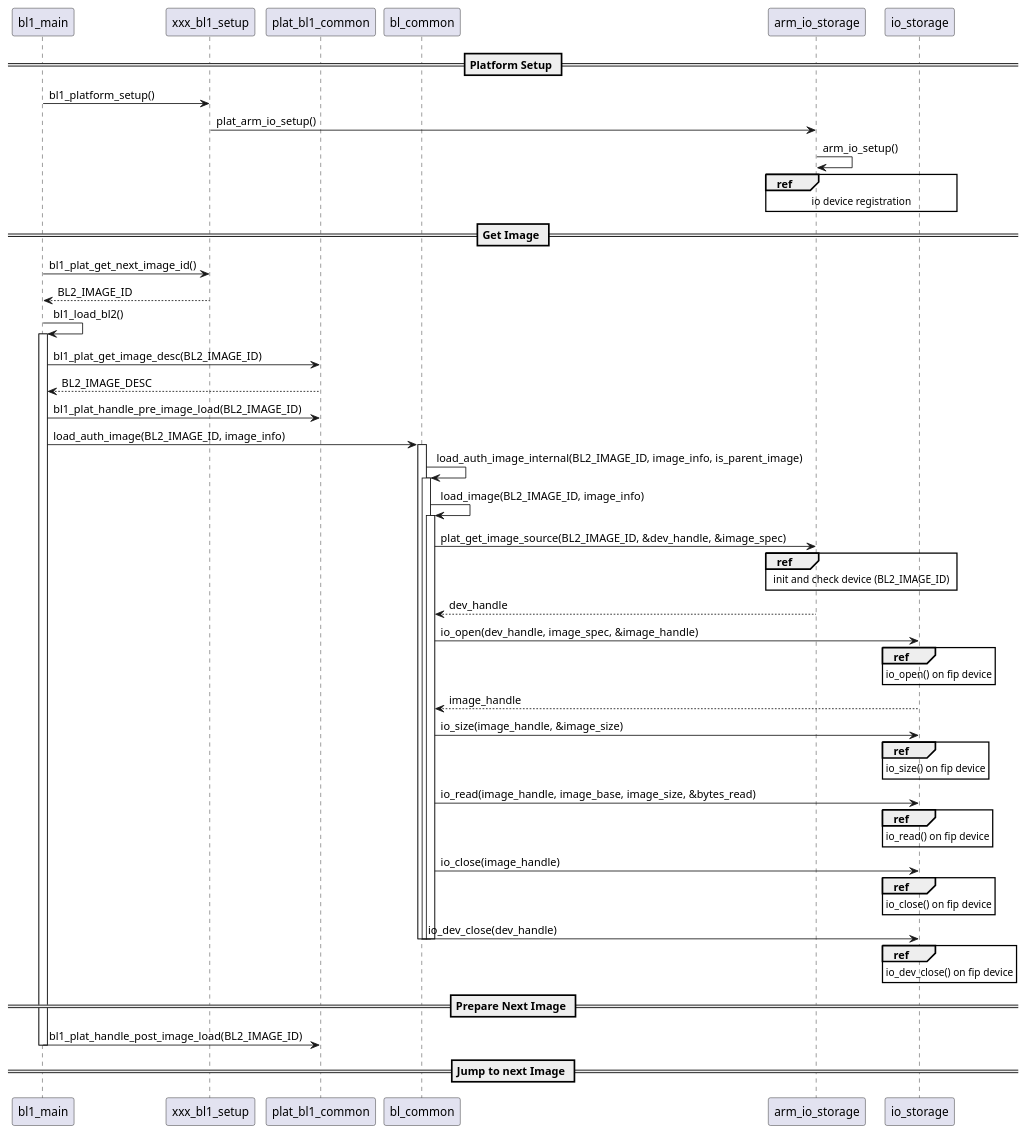
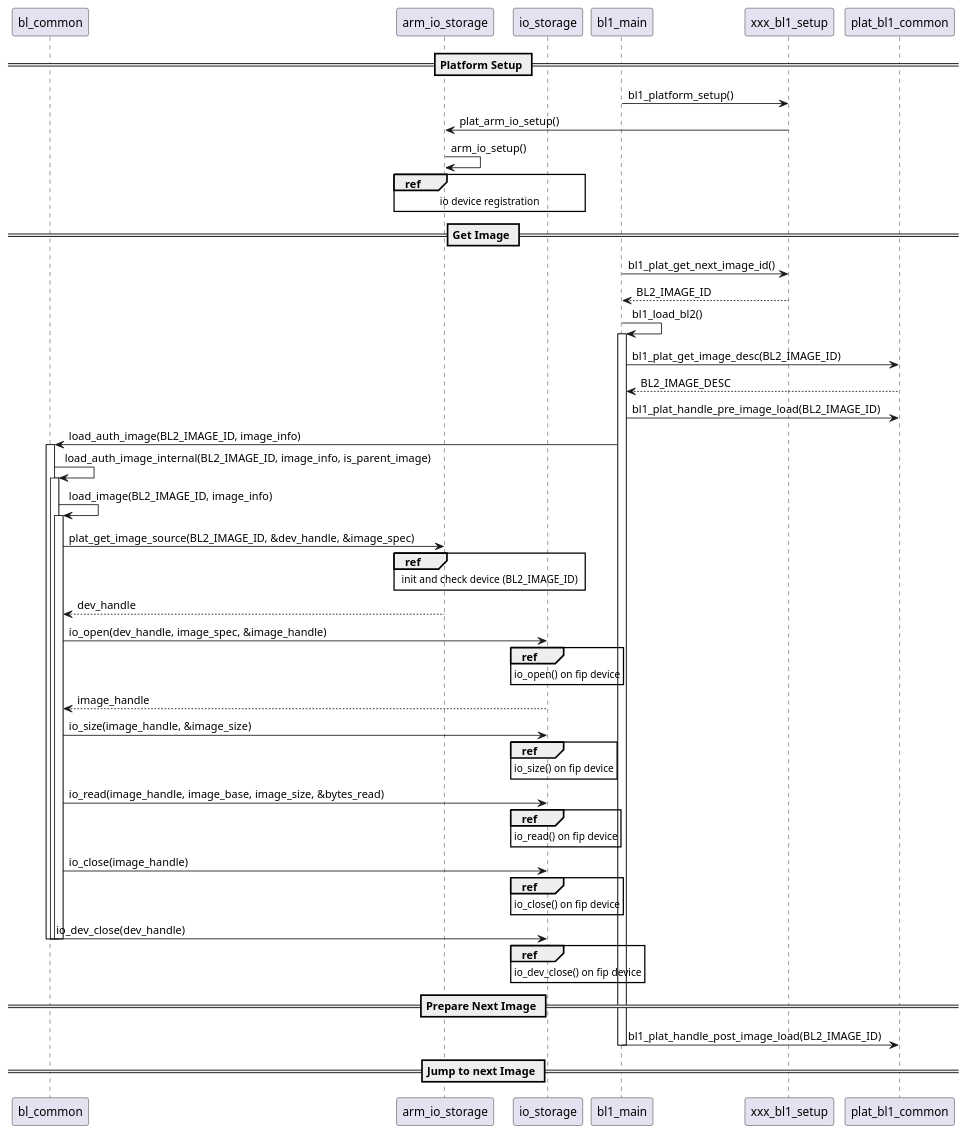
Before and after one commit to discosat/atf-fus: the diagram in docs/resources/diagrams/plantuml/io_framework_usage_overview.puml, drawn with PlantUML. The commit also changed 2176 other files, not shown here.

```diff
--- a/docs/resources/diagrams/plantuml/io_framework_usage_overview.puml
+++ b/docs/resources/diagrams/plantuml/io_framework_usage_overview.puml
@@ -1,59 +1,59 @@
 @startuml
 
-participant bl_common order 1
-participant arm_io_storage order 2
-participant io_storage order 3
+participant bl_common
+participant arm_io_storage
+participant io_storage
 
 == Platform Setup ==
 
 bl1_main -> xxx_bl1_setup : bl1_platform_setup()
 xxx_bl1_setup -> arm_io_storage : plat_arm_io_setup()
 
 arm_io_storage -> arm_io_storage : arm_io_setup()
 ref over arm_io_storage, io_storage : io device registration
 
 == Get Image ==
 bl1_main -> xxx_bl1_setup : bl1_plat_get_next_image_id()
 bl1_main <-- xxx_bl1_setup : BL2_IMAGE_ID
 
 bl1_main -> bl1_main : bl1_load_bl2()
 activate bl1_main
 bl1_main -> plat_bl1_common : bl1_plat_get_image_desc(BL2_IMAGE_ID)
 bl1_main <-- plat_bl1_common : BL2_IMAGE_DESC
 
 bl1_main -> plat_bl1_common : bl1_plat_handle_pre_image_load(BL2_IMAGE_ID)
 
 bl1_main -> bl_common : load_auth_image(BL2_IMAGE_ID, image_info)
 activate bl_common
 bl_common -> bl_common : load_auth_image_internal(BL2_IMAGE_ID, image_info, is_parent_image)
 activate bl_common
 bl_common -> bl_common : load_image(BL2_IMAGE_ID, image_info)
 activate bl_common
 bl_common -> arm_io_storage : plat_get_image_source(BL2_IMAGE_ID, &dev_handle, &image_spec)
 ref over arm_io_storage, io_storage : init and check device (BL2_IMAGE_ID)
 bl_common <-- arm_io_storage : dev_handle
 
 bl_common -> io_storage : io_open(dev_handle, image_spec, &image_handle)
 ref over io_storage : io_open() on fip device
 bl_common <-- io_storage : image_handle
 bl_common -> io_storage : io_size(image_handle, &image_size)
 ref over io_storage : io_size() on fip device
 bl_common -> io_storage : io_read(image_handle, image_base, image_size, &bytes_read)
 ref over io_storage : io_read() on fip device
 bl_common -> io_storage : io_close(image_handle)
 ref over io_storage : io_close() on fip device
 bl_common -> io_storage : io_dev_close(dev_handle)
 ref over io_storage : io_dev_close() on fip device
 
 deactivate bl_common
 deactivate bl_common
 deactivate bl_common
 
 == Prepare Next Image ==
 bl1_main -> plat_bl1_common : bl1_plat_handle_post_image_load(BL2_IMAGE_ID)
 
 deactivate bl1_main
 
 == Jump to next Image ==
 
 @enduml
```
